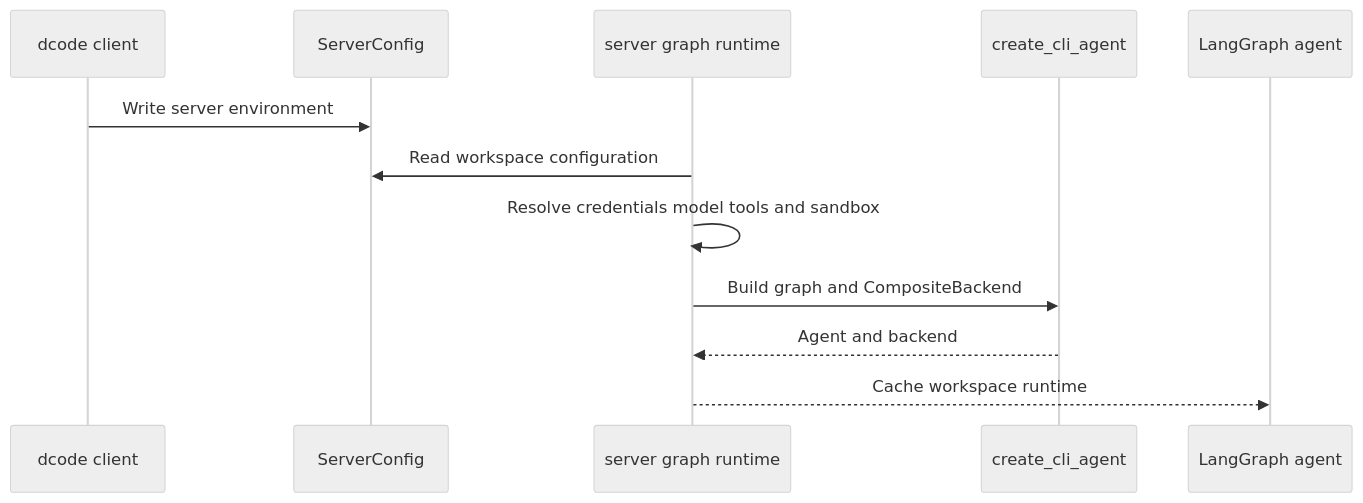
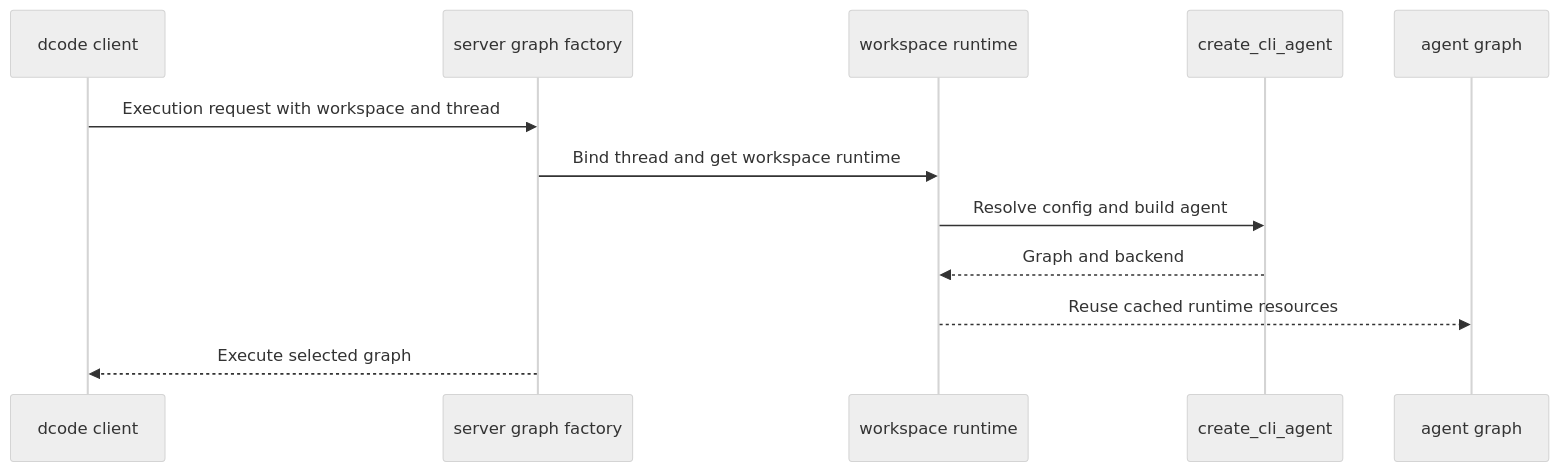
One commit to langchain-ai/deepagents changed the first of 2 diagrams in openwiki/architecture/source-map.md. Above: the diagram before and after it, drawn with Mermaid (neutral theme). The commit also changed other lines of this file and 22 other files, not shown here.

````diff
--- a/openwiki/architecture/source-map.md
+++ b/openwiki/architecture/source-map.md
@@ -148,14 +114,14 @@
 ```mermaid
 sequenceDiagram
   participant Client as dcode client
-  participant Config as ServerConfig
-  participant Runtime as server graph runtime
+  participant Factory as server graph factory
+  participant Runtime as workspace runtime
   participant Builder as create_cli_agent
-  participant Graph as LangGraph agent
-  Client->>Config: Write server environment
-  Runtime->>Config: Read workspace configuration
-  Runtime->>Runtime: Resolve credentials model tools and sandbox
-  Runtime->>Builder: Build graph and CompositeBackend
-  Builder-->>Runtime: Agent and backend
-  Runtime-->>Graph: Cache workspace runtime
+  participant Graph as agent graph
+  Client->>Factory: Execution request with workspace and thread
+  Factory->>Runtime: Bind thread and get workspace runtime
+  Runtime->>Builder: Resolve config and build agent
+  Builder-->>Runtime: Graph and backend
+  Runtime-->>Graph: Reuse cached runtime resources
+  Factory-->>Client: Execute selected graph
 ```
````
